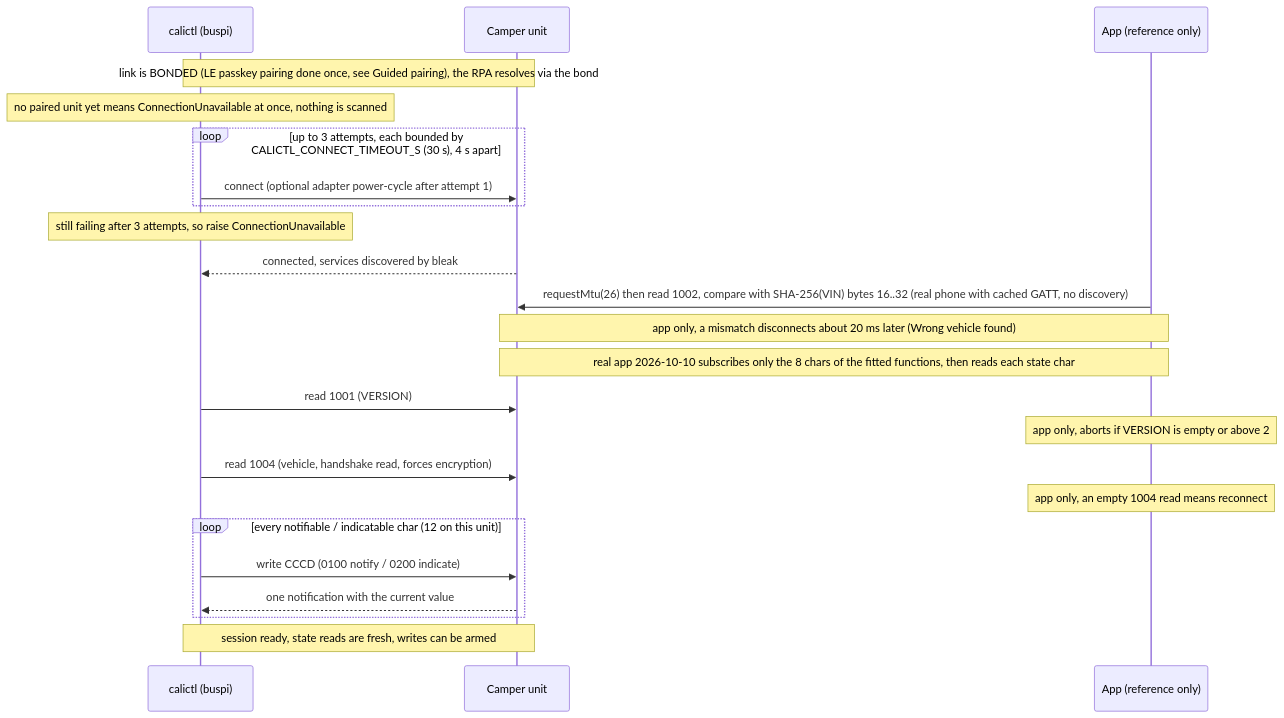
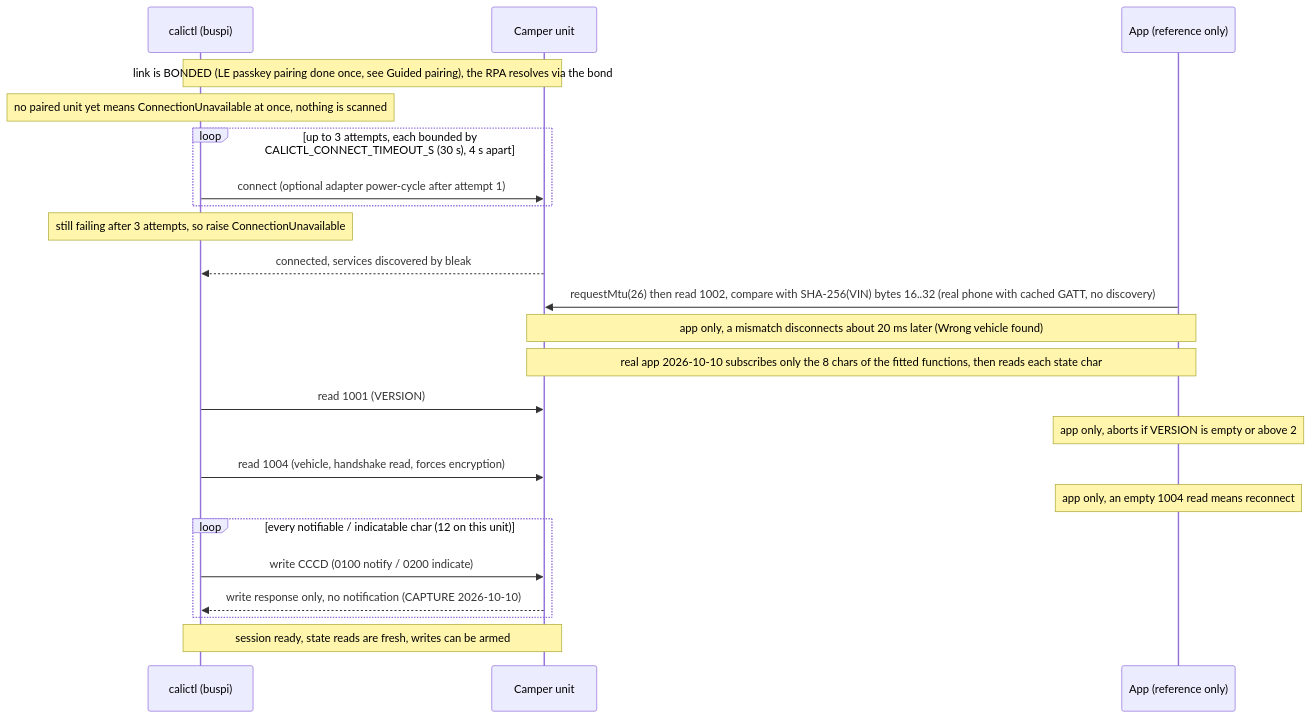
Before and after one commit to ckeller42/open-california: the first of 17 diagrams in docs/protocol-sequences.rst, drawn with Mermaid. The commit also changed other lines of this file and 17 other files, not shown here.

```diff
--- a/docs/protocol-sequences.rst
+++ b/docs/protocol-sequences.rst
@@ -192,25 +192,25 @@
 .. mermaid::
 
     sequenceDiagram
         participant C as calictl (buspi)
         participant U as Camper unit
         participant A as App (reference only)
         Note over C,U: link is BONDED (LE passkey pairing done once, see Guided pairing), the RPA resolves via the bond
         Note over C: no paired unit yet means ConnectionUnavailable at once, nothing is scanned
         loop up to 3 attempts, each bounded by CALICTL_CONNECT_TIMEOUT_S (30 s), 4 s apart
             C->>U: connect (optional adapter power-cycle after attempt 1)
         end
         Note over C: still failing after 3 attempts, so raise ConnectionUnavailable
         U-->>C: connected, services discovered by bleak
         A->>U: requestMtu(26) then read 1002, compare with SHA-256(VIN) bytes 16..32 (real phone with cached GATT, no discovery)
         Note over A,U: app only, a mismatch disconnects about 20 ms later (Wrong vehicle found)
         Note over A,U: real app 2026-10-10 subscribes only the 8 chars of the fitted functions, then reads each state char
         C->>U: read 1001 (VERSION)
         Note over A: app only, aborts if VERSION is empty or above 2
         C->>U: read 1004 (vehicle, handshake read, forces encryption)
         Note over A: app only, an empty 1004 read means reconnect
         loop every notifiable / indicatable char (12 on this unit)
             C->>U: write CCCD (0100 notify / 0200 indicate)
-            U-->>C: one notification with the current value
+            U-->>C: write response only, no notification (CAPTURE 2026-10-10)
         end
         Note over C,U: session ready, state reads are fresh, writes can be armed
```
